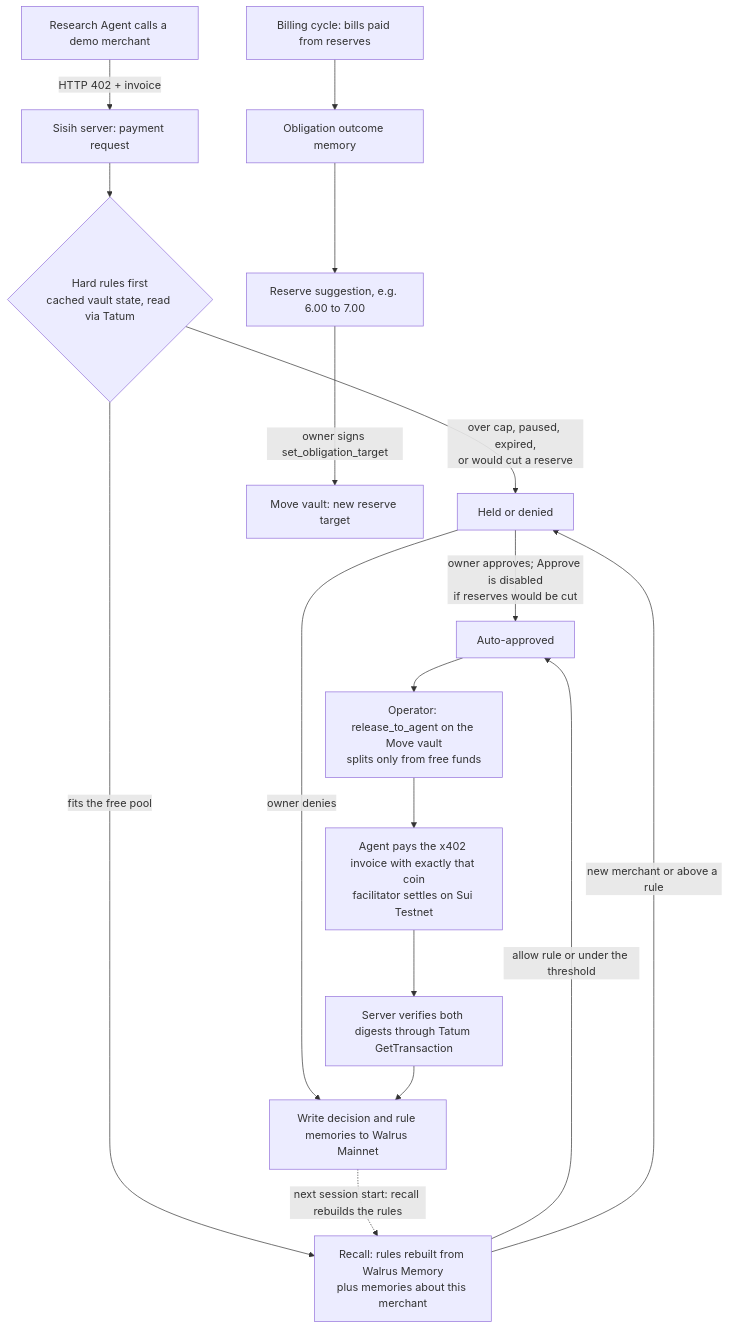
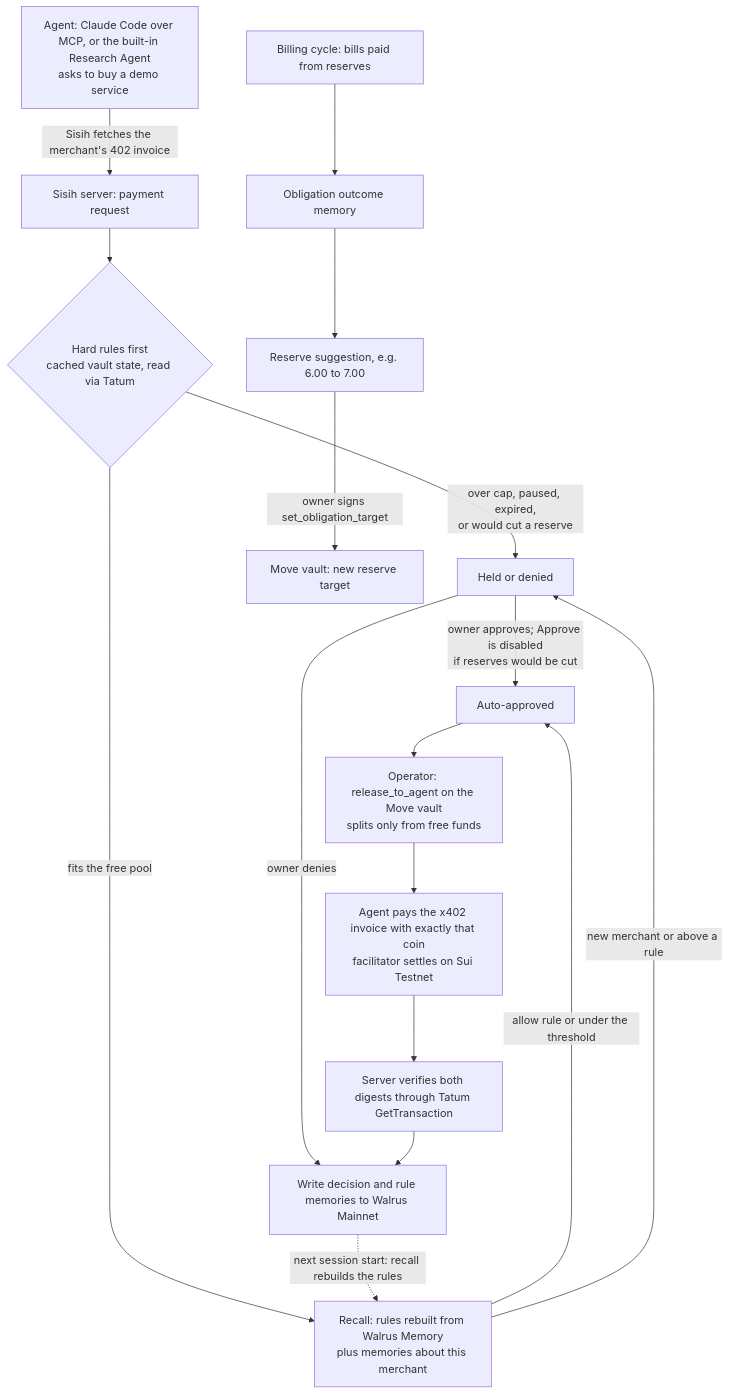
One commit to zkzora/sisih changed the diagram in README.md. Above: the diagram before and after it, drawn with Mermaid. The commit also changed other lines of this file and 16 other files, not shown here.

First line of the commit message:
Docs: MCP quickstart and real Claude Code evidence; two entry points; credential delivery

````diff
--- a/README.md
+++ b/README.md
@@ -46,19 +54,19 @@
 ```mermaid
 flowchart TD
-  A[Research Agent calls a demo merchant] -->|HTTP 402 + invoice| B[Sisih server: payment request]
+  A[Agent: Claude Code over MCP, or the built-in Research Agent<br/>asks to buy a demo service] -->|Sisih fetches the merchant's 402 invoice| B[Sisih server: payment request]
   B --> C{Hard rules first<br/>cached vault state, read via Tatum}
   C -->|over cap, paused, expired,<br/>or would cut a reserve| H[Held or denied]
   C -->|fits the free pool| D[Recall: rules rebuilt from Walrus Memory<br/>plus memories about this merchant]
   D -->|allow rule or under the threshold| E[Auto-approved]
   D -->|new merchant or above a rule| H
   H -->|owner approves; Approve is disabled<br/>if reserves would be cut| E
   H -->|owner denies| M
   E --> F[Operator: release_to_agent on the Move vault<br/>splits only from free funds]
   F --> G[Agent pays the x402 invoice with exactly that coin<br/>facilitator settles on Sui Testnet]
   G --> V[Server verifies both digests through Tatum GetTransaction]
   V --> M[Write decision and rule memories to Walrus Mainnet]
   M -.->|next session start: recall rebuilds the rules| D
   K[Billing cycle: bills paid from reserves] --> O[Obligation outcome memory]
   O --> S[Reserve suggestion, e.g. 6.00 to 7.00]
   S -->|owner signs set_obligation_target| F2[Move vault: new reserve target]
 ```
````
